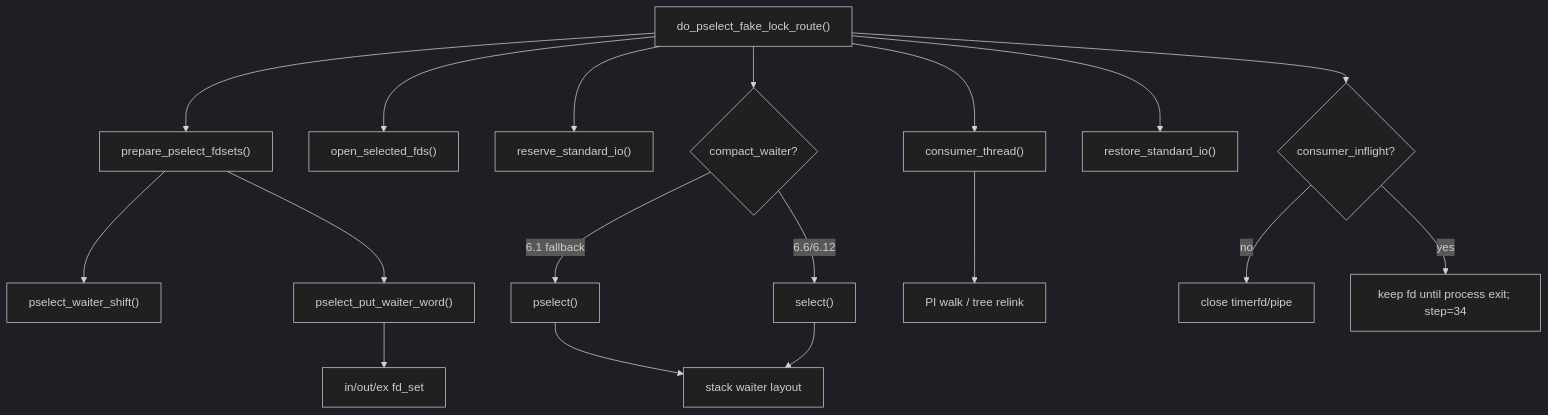
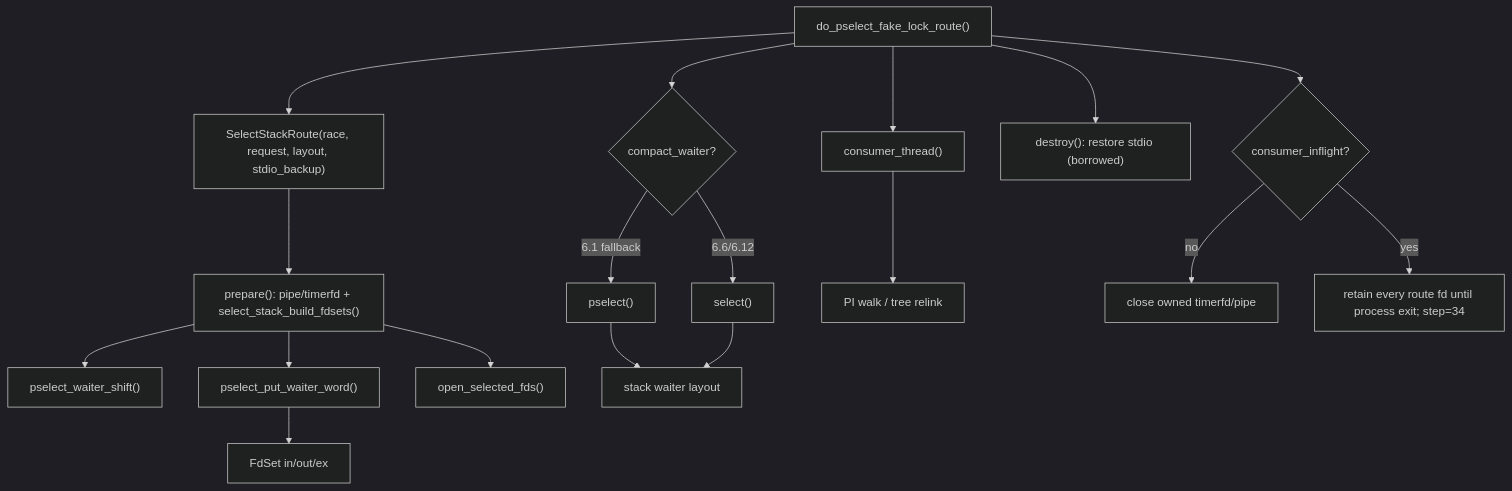
The fifth of 7 diagrams in analysis/routes.md (YuKongA/ghostlock-app), drawn with Mermaid (dark theme) before and after one commit. The commit also changed other lines of this file and 4 other files, not shown here.

Commit message:
docs(native): record the cpp11 select-route class

````diff
--- a/analysis/routes.md
+++ b/analysis/routes.md
@@ -148,20 +148,20 @@
 ```mermaid
 flowchart TD
-    R["do_pselect_fake_lock_route()"] --> Prep["prepare_pselect_fdsets()"]
+    R["do_pselect_fake_lock_route()"] --> Ctor["SelectStackRoute(race, request, layout, stdio_backup)"]
+    Ctor --> Prep["prepare(): pipe/timerfd + select_stack_build_fdsets()"]
     Prep --> Shift["pselect_waiter_shift()"]
     Prep --> Word["pselect_put_waiter_word()"]
-    Word --> Sets["in/out/ex fd_set"]
-    R --> Open["open_selected_fds()"]
-    R --> Save["reserve_standard_io()"]
+    Word --> Sets["FdSet in/out/ex"]
+    Prep --> Open["open_selected_fds()"]
     R --> Kind{"compact_waiter?"}
     Kind -->|6.1 fallback| PS["pselect()"]
     Kind -->|6.6/6.12| S["select()"]
     PS --> Frame["stack waiter layout"]
     S --> Frame
     R --> C["consumer_thread()"]
     C --> PI["PI walk / tree relink"]
-    R --> Restore["restore_standard_io()"]
+    R --> Restore["destroy(): restore stdio (borrowed)"]
     R --> Check{"consumer_inflight?"}
-    Check -->|no| Close["close timerfd/pipe"]
-    Check -->|yes| Dirty["keep fd until process exit; step=34"]
+    Check -->|no| Close["close owned timerfd/pipe"]
+    Check -->|yes| Dirty["retain every route fd until process exit; step=34"]
 ```
````
